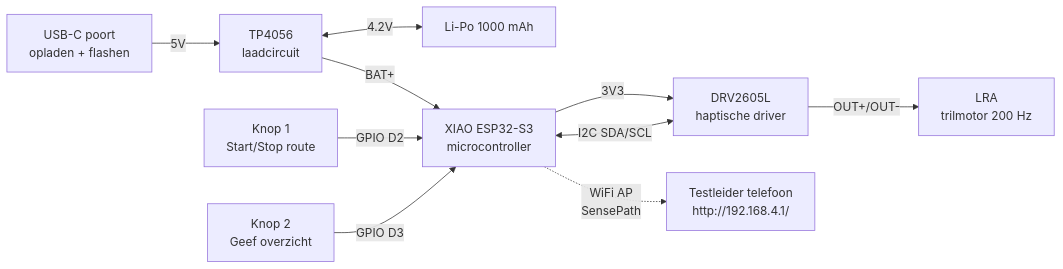
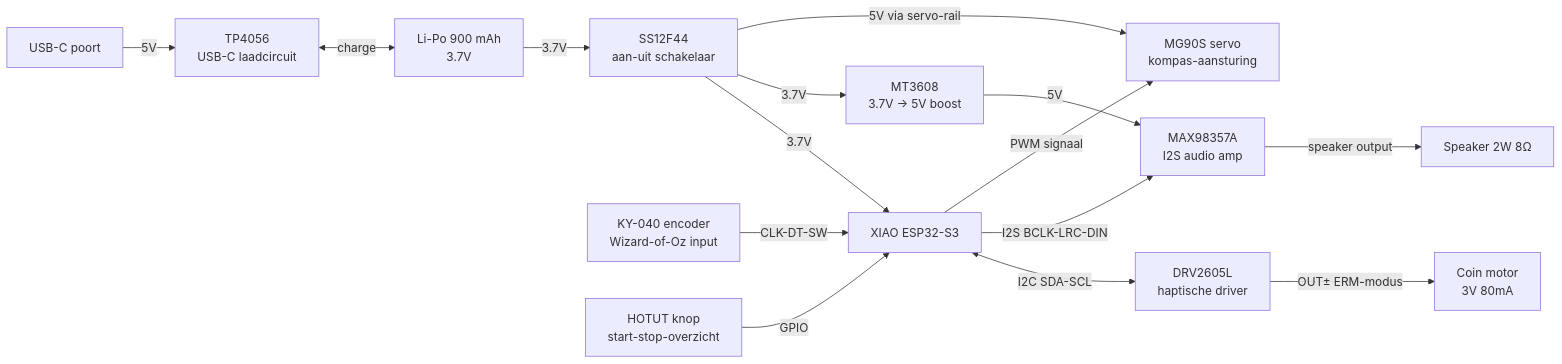
The first of 2 diagrams in docs/wiring.md (spiryns/UCD), drawn with Mermaid before and after one commit. The commit also changed other lines of this file and 2 other files, not shown here.

Commit message:
docs: herwerk BOM, wiring en build guide naar echte componenten (coin motor, MG90S servo, KY-040 Wizard-of-Oz encoder, opt-in audio)

````diff
--- a/docs/wiring.md
+++ b/docs/wiring.md
@@ -9,12 +9,31 @@
 ```mermaid
 flowchart LR
-    USBC[USB-C poort<br/>opladen + flashen] -->|5V| TP[TP4056<br/>laadcircuit]
-    TP <-->|4.2V| BAT[Li-Po 1000 mAh]
-    TP -->|BAT+| XIAO[XIAO ESP32-S3<br/>microcontroller]
-    XIAO -->|3V3| DRV[DRV2605L<br/>haptische driver]
-    XIAO <-->|I2C SDA/SCL| DRV
-    DRV -->|OUT+/OUT-| LRA[LRA<br/>trilmotor 200 Hz]
-    BTN1[Knop 1<br/>Start/Stop route] -->|GPIO D2| XIAO
-    BTN2[Knop 2<br/>Geef overzicht] -->|GPIO D3| XIAO
-    XIAO -.->|WiFi AP<br/>SensePath| PHONE[Testleider telefoon<br/>http://192.168.4.1/]
+    USBC[USB-C poort]
+    TP[TP4056<br/>USB-C laadcircuit]
+    BAT[Li-Po 900 mAh<br/>3.7V]
+    SW[SS12F44<br/>aan-uit schakelaar]
+    BOOST[MT3608<br/>3.7V → 5V boost]
+    XIAO[XIAO ESP32-S3]
+    DRV[DRV2605L<br/>haptische driver]
+    COIN[Coin motor<br/>3V 80mA]
+    AMP[MAX98357A<br/>I2S audio amp]
+    SPK[Speaker 2W 8Ω]
+    SERVO[MG90S servo<br/>kompas-aansturing]
+    ENC[KY-040 encoder<br/>Wizard-of-Oz input]
+    BTN[HOTUT knop<br/>start-stop-overzicht]
+
+    USBC -->|5V| TP
+    TP <-->|charge| BAT
+    BAT -->|3.7V| SW
+    SW -->|3.7V| XIAO
+    SW -->|3.7V| BOOST
+    SW -->|5V via servo-rail| SERVO
+    BOOST -->|5V| AMP
+    XIAO <-->|I2C SDA-SCL| DRV
+    DRV -->|OUT± ERM-modus| COIN
+    XIAO -->|I2S BCLK-LRC-DIN| AMP
+    AMP -->|speaker output| SPK
+    XIAO -->|PWM signaal| SERVO
+    ENC -->|CLK-DT-SW| XIAO
+    BTN -->|GPIO| XIAO
 ```
````
